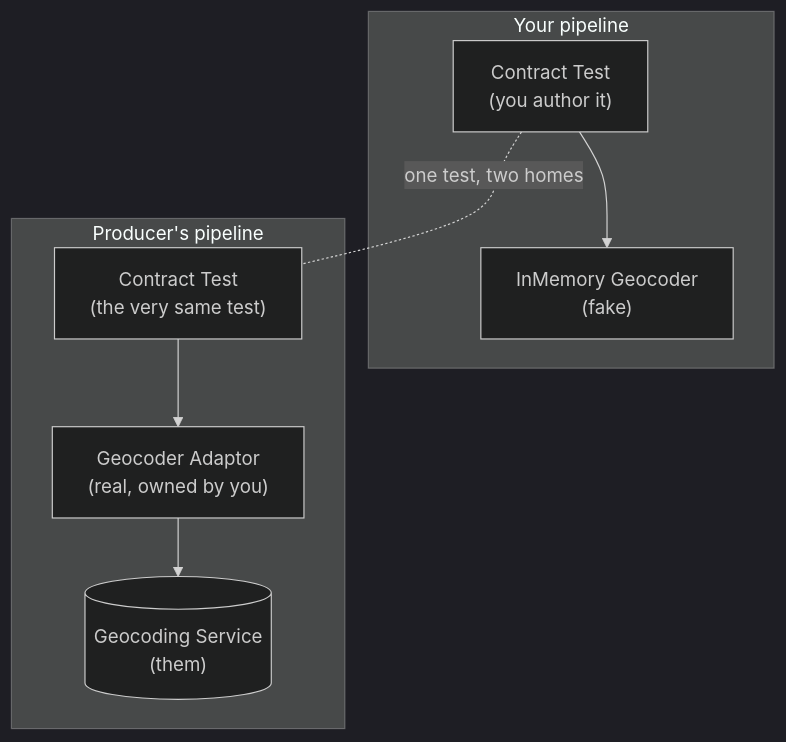
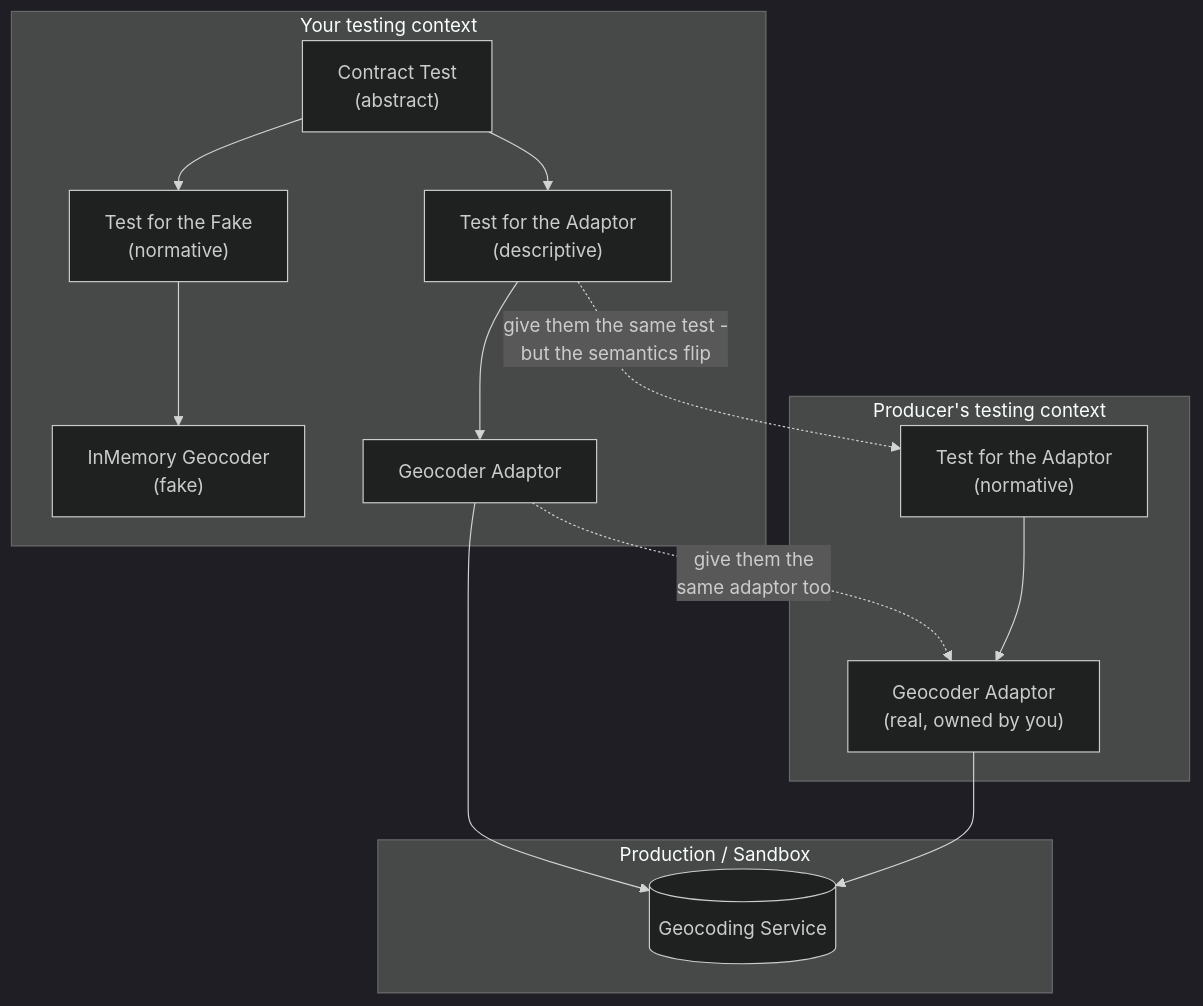
The third of 3 diagrams in drafts/how-do-you-test-an-out-port.md (gypsydave5/gypsydave5.github.io), drawn with Mermaid (dark theme) before and after one commit. The commit also changed other lines of this file, not shown here.

````diff
--- a/drafts/how-do-you-test-an-out-port.md
+++ b/drafts/how-do-you-test-an-out-port.md
@@ -235,15 +297,26 @@
 ```mermaid
 flowchart TD
-    subgraph Yours["Your pipeline"]
-        Contract["Contract Test<br>(you author it)"]
-        Contract --> Fake["InMemory Geocoder<br>(fake)"]
+   subgraph Production[Production / Sandbox]
+    	RealSvc[("Geocoding Service")]
     end
+    
+    subgraph Theirs["Producer's testing context"]
+        Contract2["Test for the Adaptor<br>(normative)"]
+        Contract2 --> RealAdaptor["Geocoder Adaptor<br>(real, owned by you)"]
+        RealAdaptor --> RealSvc
+    end
+    
+    subgraph Yours["Your testing context"]
+        Contract["Contract Test<br>(abstract)"]
+        Contract --> TestFake["Test for the Fake<br>(normative)"]
+        Contract --> TestReal["Test for the Adaptor <br> (descriptive)"]
+        TestFake --> FakeSvc["InMemory Geocoder<br>(fake)"]
+        TestReal --> RealAdaptorYours[Geocoder Adaptor]
+        RealAdaptorYours --> RealSvc
+    end
+    
+ 
 
-    subgraph Theirs["Producer's pipeline"]
-        Contract2["Contract Test<br>(the very same test)"]
-        Contract2 --> RealAdaptor["Geocoder Adaptor<br>(real, owned by you)"]
-        RealAdaptor --> RealSvc[("Geocoding Service<br>(them)")]
-    end
-
-    Contract -. "one test, two homes" .- Contract2
+    TestReal -. "give them the same test - <br> but the semantics flip" .-> Contract2
+    RealAdaptorYours -. "give them the<br>same adaptor too" .-> RealAdaptor
 ```
````
